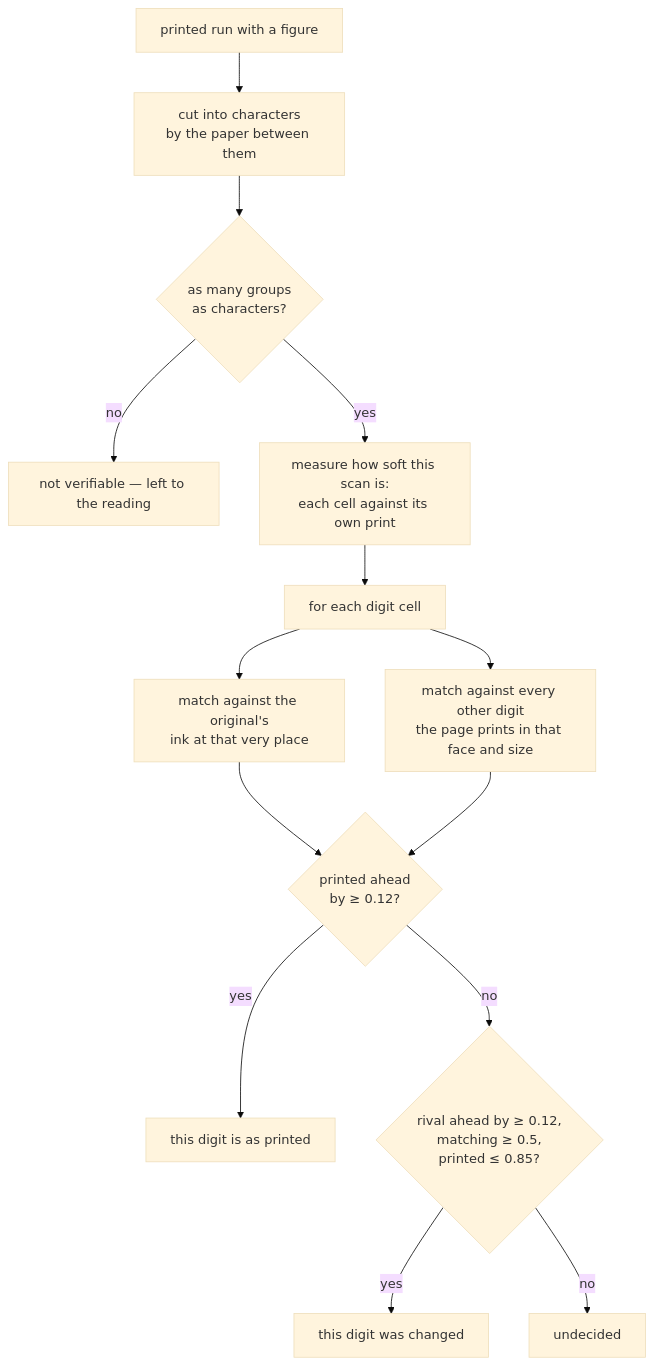
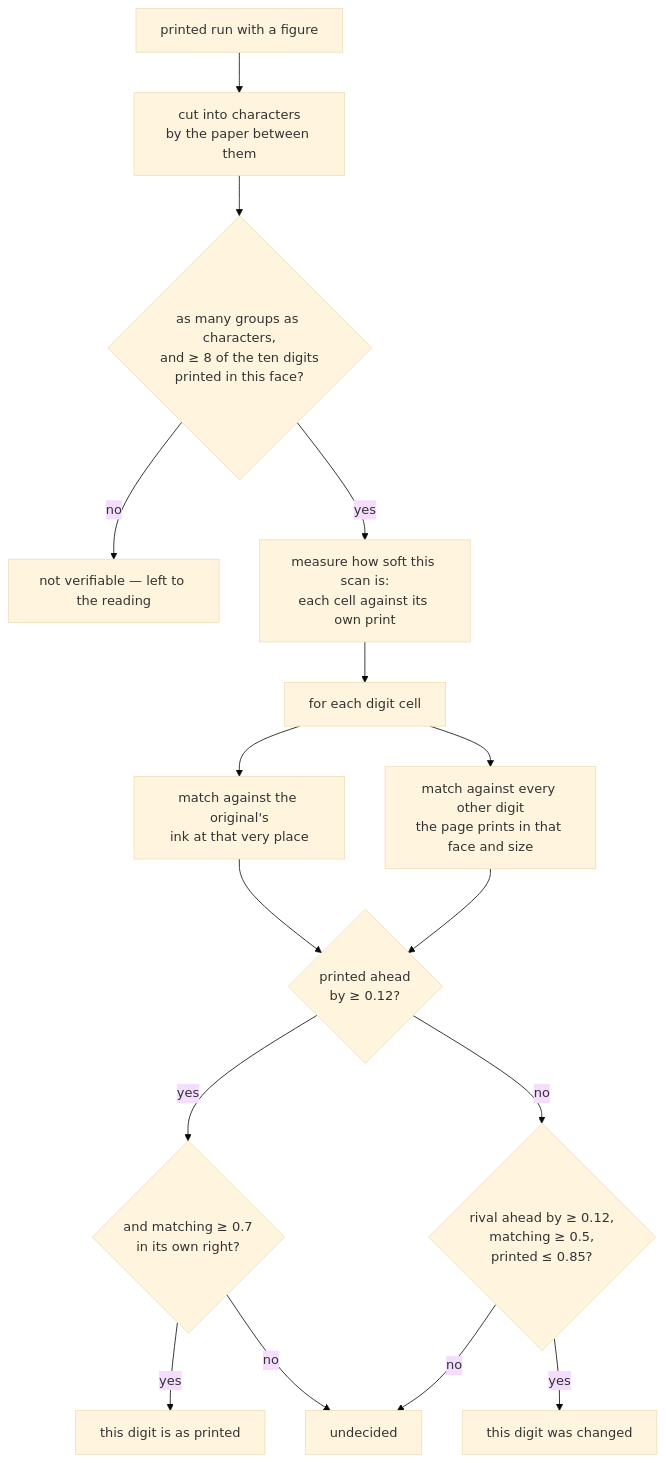
One commit to russoedu/scanmate changed the fourth of 4 diagrams in packages/ocr/documentation/algorithms.md. Above: the diagram before and after it, drawn with Mermaid (base theme). The commit also changed other lines of this file and 35 other files, not shown here.

````diff
--- a/packages/ocr/documentation/algorithms.md
+++ b/packages/ocr/documentation/algorithms.md
@@ -141,16 +141,18 @@
 ```mermaid
 flowchart TD
   A[printed run with a figure] --> B[cut into characters<br/>by the paper between them]
-  B --> C{as many groups<br/>as characters?}
+  B --> C{as many groups as characters,<br/>and ≥ 8 of the ten digits<br/>printed in this face?}
   C -->|no| D[not verifiable — left to the reading]
   C -->|yes| E[measure how soft this scan is:<br/>each cell against its own print]
   E --> F[for each digit cell]
   F --> G[match against the original's<br/>ink at that very place]
   F --> H[match against every other digit<br/>the page prints in that face and size]
   G --> I{printed ahead<br/>by ≥ 0.12?}
   H --> I
-  I -->|yes| J[this digit is as printed]
+  I -->|yes| J{and matching ≥ 0.7<br/>in its own right?}
+  J -->|yes| J2[this digit is as printed]
+  J -->|no| M
   I -->|no| K{rival ahead by ≥ 0.12,<br/>matching ≥ 0.5,<br/>printed ≤ 0.85?}
   K -->|yes| L[this digit was changed]
   K -->|no| M[undecided]
 ```
````
